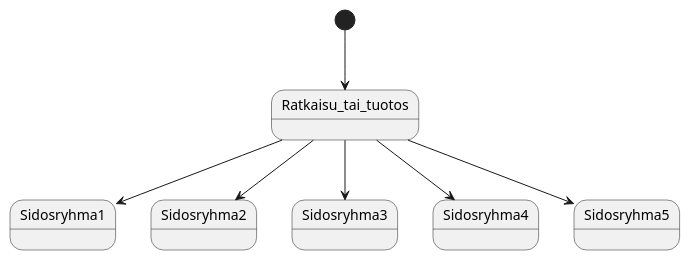
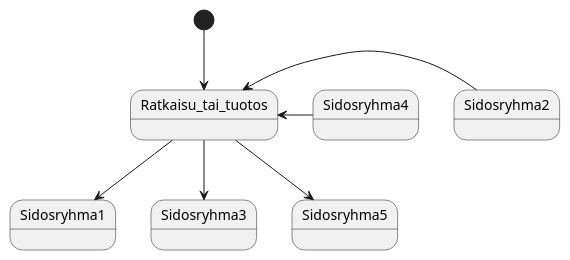
The first of 2 diagrams in dokumentit/10-Projektinhallinta/projektisuunnitelma.md (ninaleo/ransut-core), drawn with PlantUML before and after one commit.

````diff
--- a/dokumentit/10-Projektinhallinta/projektisuunnitelma.md
+++ b/dokumentit/10-Projektinhallinta/projektisuunnitelma.md
@@ -60,8 +60,8 @@
 ```plantuml
 [*] --> Ratkaisu_tai_tuotos
 Ratkaisu_tai_tuotos --> Sidosryhma1
-Ratkaisu_tai_tuotos --> Sidosryhma2
+Ratkaisu_tai_tuotos <-- Sidosryhma2
 Ratkaisu_tai_tuotos --> Sidosryhma3
-Ratkaisu_tai_tuotos --> Sidosryhma4
+Ratkaisu_tai_tuotos <-- Sidosryhma4
 Ratkaisu_tai_tuotos --> Sidosryhma5
 ```
````
